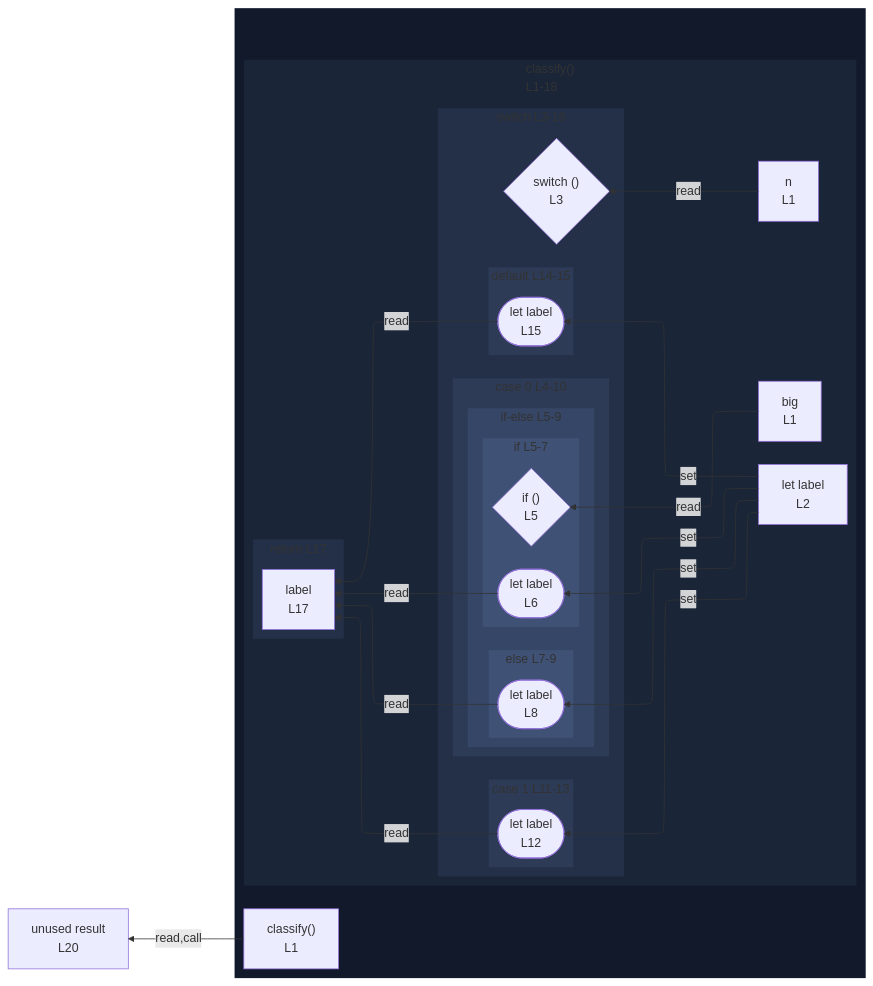
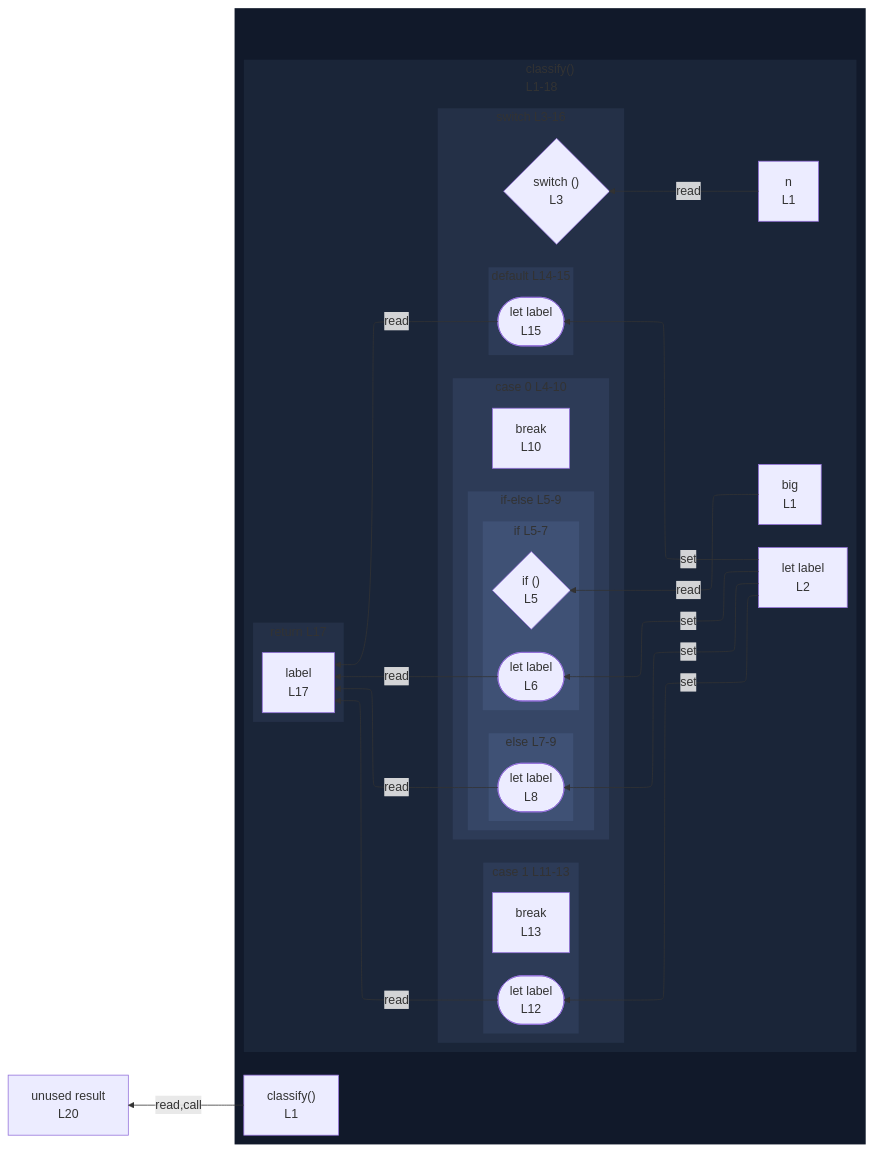
The diagram in integration/fixtures/switch-statement/with-inner-if/preview.md (crescware/unsnarl), drawn with Mermaid before and after one commit. The commit also changed 352 other files, not shown here.

````diff
--- a/integration/fixtures/switch-statement/with-inner-if/preview.md
+++ b/integration/fixtures/switch-statement/with-inner-if/preview.md
@@ -30,73 +30,75 @@
 ```mermaid
 %%{init: {"flowchart": {"defaultRenderer": "elk"}}}%%
 flowchart RL
   n_scope_0_result_307["unused result<br/>L20"]
   subgraph wrap_s_scope_1[" "]
     direction TB
     n_scope_0_classify_9["classify()<br/>L1"]
     subgraph s_scope_1["classify()<br/>L1-18"]
       direction RL
       n_scope_1_n_18["n<br/>L1"]
       n_scope_1_big_29["big<br/>L1"]
       n_scope_1_label_51["let label<br/>L2"]
       subgraph s_scope_2["switch L3-16"]
         direction RL
         switch_discriminant_scope_1_60{"switch ()<br/>L3"}
         subgraph s_scope_3["case 0 L4-10"]
           direction RL
+          bc_break_189["break<br/>L10"]
           subgraph cont_if_scope_3_91["if-else L5-9"]
             direction RL
             subgraph s_scope_4["if L5-7"]
               direction RL
               if_test_scope_3_91{"if ()<br/>L5"}
               wr_ref_2(["let label<br/>L6"])
             end
             subgraph s_scope_5["else L7-9"]
               direction RL
               wr_ref_3(["let label<br/>L8"])
             end
           end
         end
         subgraph s_scope_6["case 1 L11-13"]
           direction RL
           wr_ref_4(["let label<br/>L12"])
+          bc_break_235["break<br/>L13"]
         end
         subgraph s_scope_7["default L14-15"]
           direction RL
           wr_ref_5(["let label<br/>L15"])
         end
       end
       subgraph s_return_scope_0_classify_9_284_297["return L17"]
         direction RL
         ret_use_ref_6["label<br/>L17"]
       end
     end
   end
   n_scope_1_label_51 -->|set| wr_ref_2
   n_scope_1_label_51 -->|set| wr_ref_3
   n_scope_1_label_51 -->|set| wr_ref_4
   n_scope_1_label_51 -->|set| wr_ref_5
   n_scope_1_n_18 -->|read| switch_discriminant_scope_1_60
   n_scope_1_big_29 -->|read| if_test_scope_3_91
   wr_ref_2 -->|read| ret_use_ref_6
   wr_ref_3 -->|read| ret_use_ref_6
   wr_ref_4 -->|read| ret_use_ref_6
   wr_ref_5 -->|read| ret_use_ref_6
   n_scope_0_classify_9 -->|read,call| n_scope_0_result_307
   classDef nestL1 fill:#11192a,stroke:transparent;
   class wrap_s_scope_1 nestL1;
   classDef nestL2 fill:#1a2538,stroke:transparent;
   class s_scope_1 nestL2;
   classDef nestL3 fill:#243047,stroke:transparent;
   class s_scope_2 nestL3;
   class s_return_scope_0_classify_9_284_297 nestL3;
   classDef nestL4 fill:#2d3b57,stroke:transparent;
   class s_scope_3 nestL4;
   class s_scope_6 nestL4;
   class s_scope_7 nestL4;
   classDef nestL5 fill:#364666,stroke:transparent;
   class cont_if_scope_3_91 nestL5;
   classDef nestL6 fill:#3f5175,stroke:transparent;
   class s_scope_4 nestL6;
   class s_scope_5 nestL6;
 ```
````
